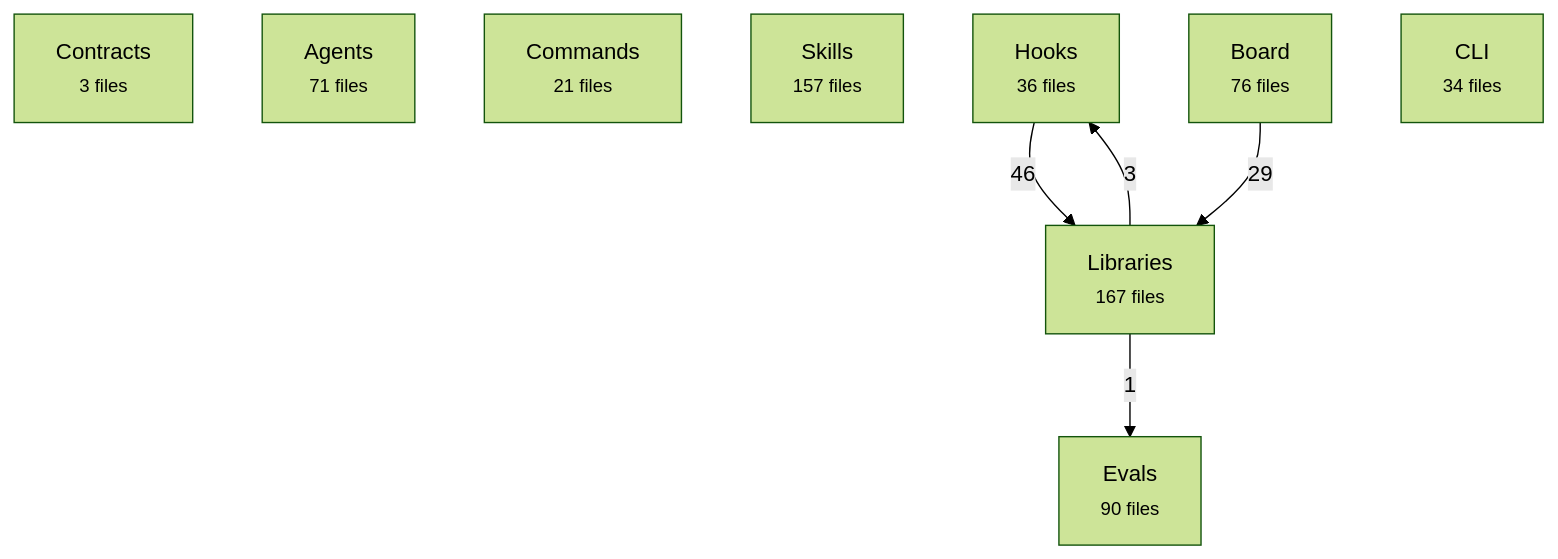
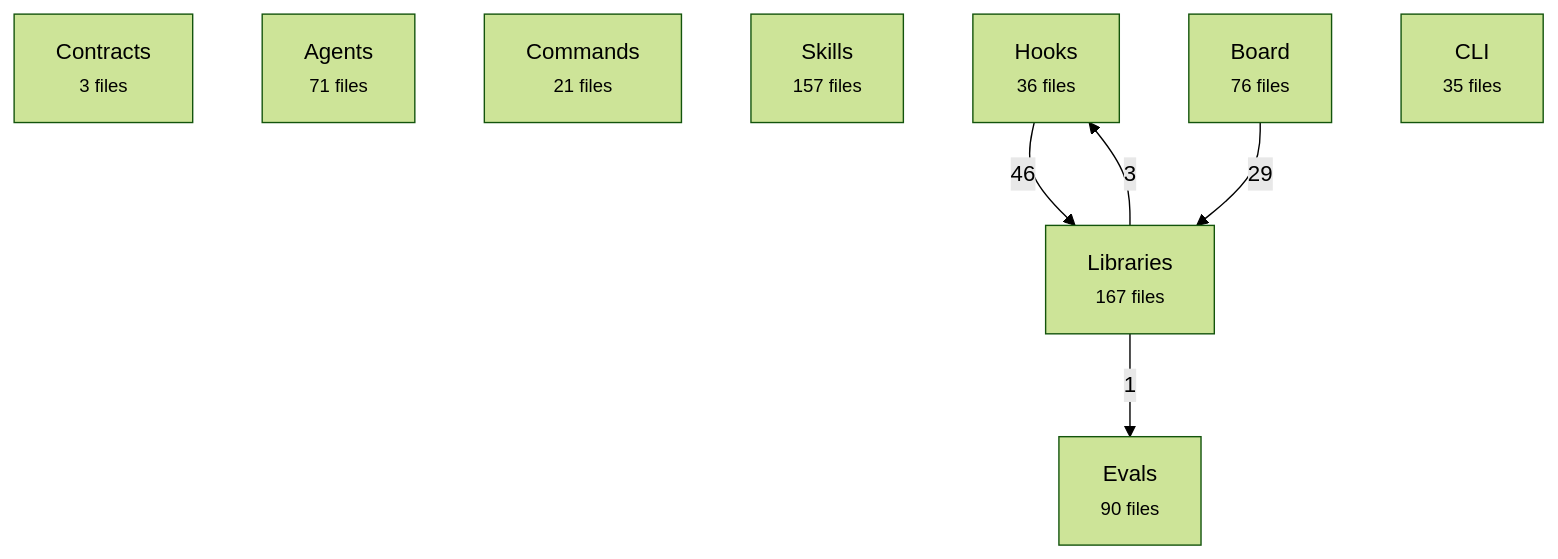
The first of 2 diagrams in docs/reference/architecture-map.md (avelikiy/great_cto), drawn with Mermaid (forest theme) before and after one commit. The commit also changed other lines of this file and 4 other files, not shown here.

````diff
--- a/docs/reference/architecture-map.md
+++ b/docs/reference/architecture-map.md
@@ -20,16 +20,16 @@
 ```mermaid
 flowchart TD
   contracts["Contracts<br/><small>3 files</small>"]
   agents["Agents<br/><small>71 files</small>"]
   commands["Commands<br/><small>21 files</small>"]
   skills["Skills<br/><small>157 files</small>"]
   hooks["Hooks<br/><small>36 files</small>"]
   libs["Libraries<br/><small>167 files</small>"]
   board["Board<br/><small>76 files</small>"]
-  cli["CLI<br/><small>34 files</small>"]
+  cli["CLI<br/><small>35 files</small>"]
   evals["Evals<br/><small>90 files</small>"]
   hooks -->|46| libs
   board -->|29| libs
   libs -->|3| hooks
   libs -->|1| evals
 ```
````
